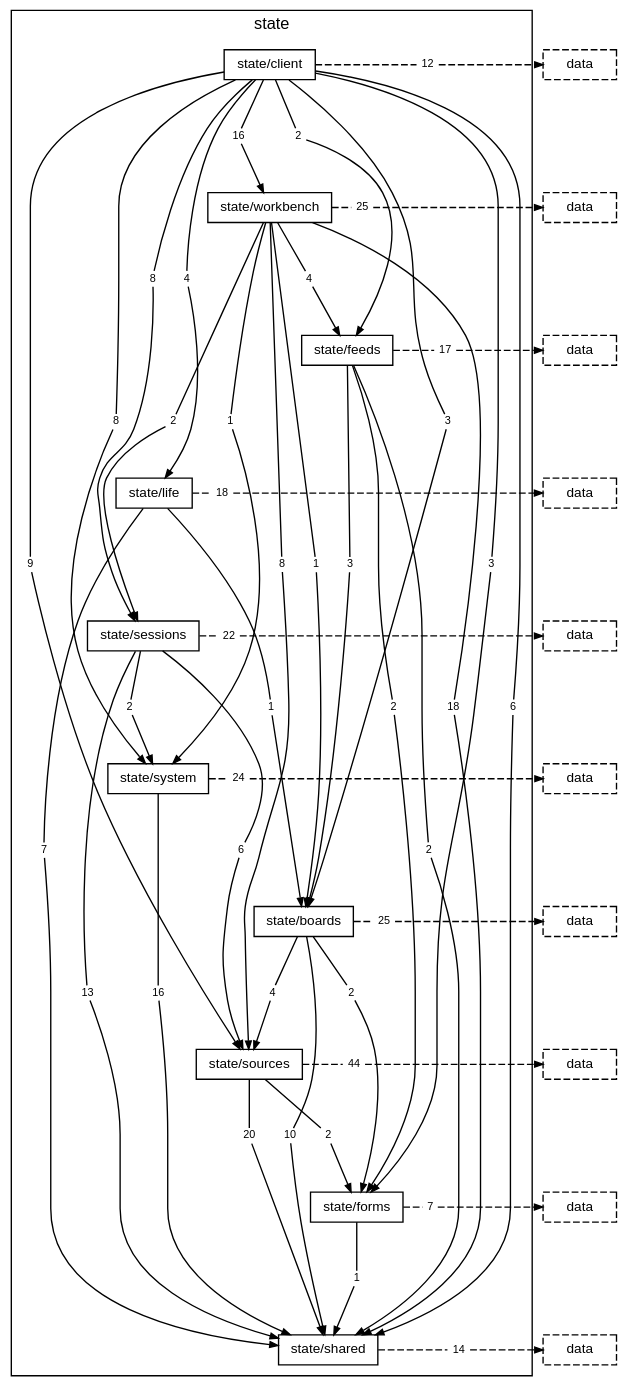
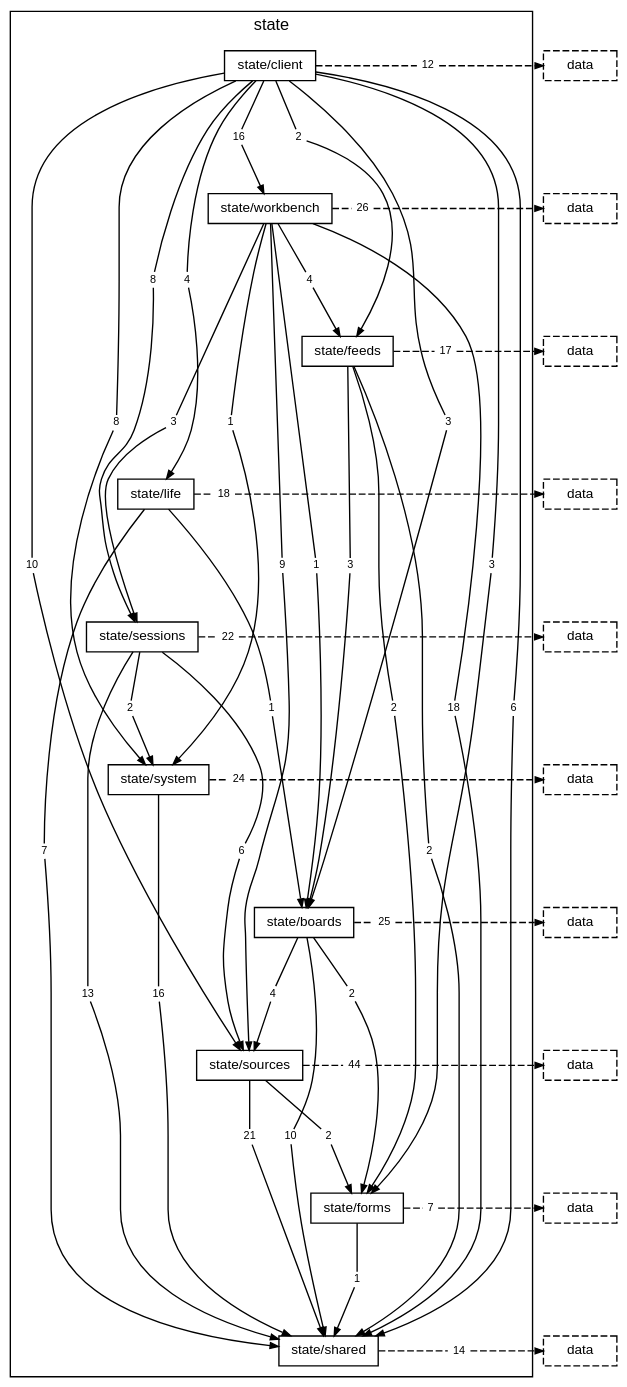
One commit to TheAxeC/oculus changed the diagram in docs/diagrams/layer-state.dot. Above: the diagram before and after it, drawn with Graphviz. The commit also changed 129 other files, not shown here.

```diff
--- a/docs/diagrams/layer-state.dot
+++ b/docs/diagrams/layer-state.dot
@@ -20,17 +20,17 @@
         "folder state/client to folder state/life" [label="4", shape=box, color="transparent", fontsize=8, width=0, height=0, margin="0.04,0.02"];
         "folder state/client to folder state/sessions" [label="8", shape=box, color="transparent", fontsize=8, width=0, height=0, margin="0.04,0.02"];
         "folder state/client to folder state/shared" [label="6", shape=box, color="transparent", fontsize=8, width=0, height=0, margin="0.04,0.02"];
-        "folder state/client to folder state/sources" [label="9", shape=box, color="transparent", fontsize=8, width=0, height=0, margin="0.04,0.02"];
+        "folder state/client to folder state/sources" [label="10", shape=box, color="transparent", fontsize=8, width=0, height=0, margin="0.04,0.02"];
         "folder state/client to folder state/system" [label="8", shape=box, color="transparent", fontsize=8, width=0, height=0, margin="0.04,0.02"];
         "folder state/client to folder state/workbench" [label="16", shape=box, color="transparent", fontsize=8, width=0, height=0, margin="0.04,0.02"];
         "folder state/client to layer data" [label="12", shape=box, color="transparent", fontsize=8, width=0, height=0, margin="0.04,0.02"];
         "folder state/workbench to folder state/boards" [label="1", shape=box, color="transparent", fontsize=8, width=0, height=0, margin="0.04,0.02"];
         "folder state/workbench to folder state/feeds" [label="4", shape=box, color="transparent", fontsize=8, width=0, height=0, margin="0.04,0.02"];
-        "folder state/workbench to folder state/sessions" [label="2", shape=box, color="transparent", fontsize=8, width=0, height=0, margin="0.04,0.02"];
+        "folder state/workbench to folder state/sessions" [label="3", shape=box, color="transparent", fontsize=8, width=0, height=0, margin="0.04,0.02"];
         "folder state/workbench to folder state/shared" [label="18", shape=box, color="transparent", fontsize=8, width=0, height=0, margin="0.04,0.02"];
-        "folder state/workbench to folder state/sources" [label="8", shape=box, color="transparent", fontsize=8, width=0, height=0, margin="0.04,0.02"];
+        "folder state/workbench to folder state/sources" [label="9", shape=box, color="transparent", fontsize=8, width=0, height=0, margin="0.04,0.02"];
         "folder state/workbench to folder state/system" [label="1", shape=box, color="transparent", fontsize=8, width=0, height=0, margin="0.04,0.02"];
-        "folder state/workbench to layer data" [label="25", shape=box, color="transparent", fontsize=8, width=0, height=0, margin="0.04,0.02"];
+        "folder state/workbench to layer data" [label="26", shape=box, color="transparent", fontsize=8, width=0, height=0, margin="0.04,0.02"];
         "folder state/feeds to folder state/boards" [label="3", shape=box, color="transparent", fontsize=8, width=0, height=0, margin="0.04,0.02"];
         "folder state/feeds to folder state/forms" [label="2", shape=box, color="transparent", fontsize=8, width=0, height=0, margin="0.04,0.02"];
         "folder state/feeds to folder state/shared" [label="2", shape=box, color="transparent", fontsize=8, width=0, height=0, margin="0.04,0.02"];
@@ -49,7 +49,7 @@
         "folder state/boards to folder state/sources" [label="4", shape=box, color="transparent", fontsize=8, width=0, height=0, margin="0.04,0.02"];
         "folder state/boards to layer data" [label="25", shape=box, color="transparent", fontsize=8, width=0, height=0, margin="0.04,0.02"];
         "folder state/sources to folder state/forms" [label="2", shape=box, color="transparent", fontsize=8, width=0, height=0, margin="0.04,0.02"];
-        "folder state/sources to folder state/shared" [label="20", shape=box, color="transparent", fontsize=8, width=0, height=0, margin="0.04,0.02"];
+        "folder state/sources to folder state/shared" [label="21", shape=box, color="transparent", fontsize=8, width=0, height=0, margin="0.04,0.02"];
         "folder state/sources to layer data" [label="44", shape=box, color="transparent", fontsize=8, width=0, height=0, margin="0.04,0.02"];
         "folder state/forms to folder state/shared" [label="1", shape=box, color="transparent", fontsize=8, width=0, height=0, margin="0.04,0.02"];
         "folder state/forms to layer data" [label="7", shape=box, color="transparent", fontsize=8, width=0, height=0, margin="0.04,0.02"];
```
